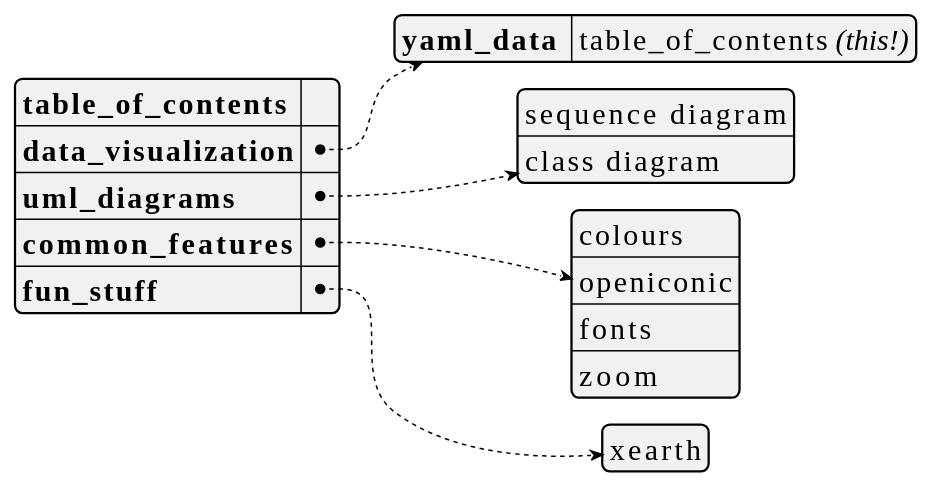
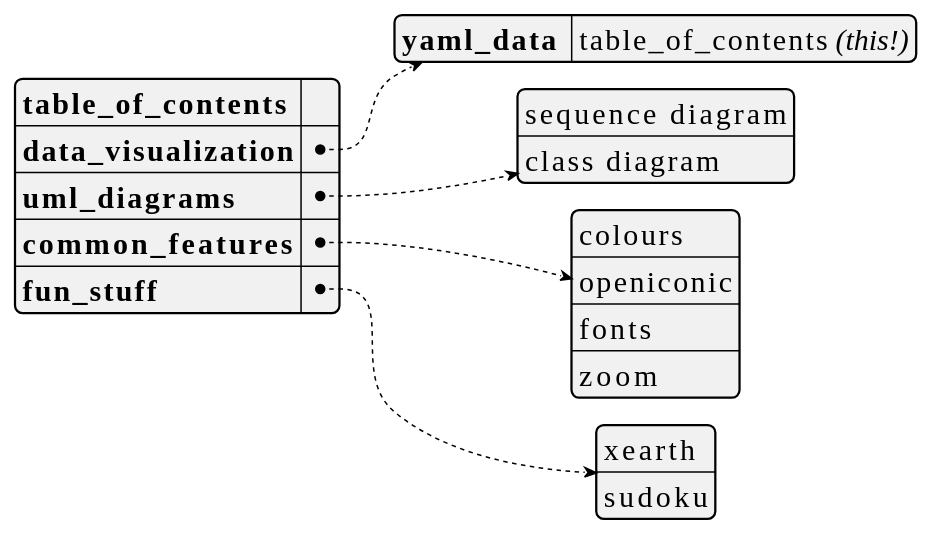
The first of 16 diagrams in plantuml_demo.md (dragondive/heavens-arena), drawn with PlantUML before and after one commit. The commit also changed other lines of this file, not shown here.

Commit message:
added demo: sudoku

````diff
--- a/plantuml_demo.md
+++ b/plantuml_demo.md
@@ -26,36 +26,37 @@
 ```plantuml
 @startyaml
 <style>
 yamlDiagram {
     node {
         ' use a constant width font because that's what developers do.
         FontName Consolas
         FontSize 20
     }
 }
 </style>
 
 /'TODO:
 It would be cool to hyperlink the entries in the table_of_contents to the
 respective section in the document. Not only would it further accentuate the
 [Medium Awareness](https://tvtropes.org/pmwiki/pmwiki.php/Main/MediumAwareness)
 of this yaml document, but also augment the
 [Anachronic Order](https://tvtropes.org/pmwiki/pmwiki.php/Main/AnachronicOrder)
 of the outer markdown document.
 '/
 
 **table_of_contents**: ""  /' workaround: empty string here to avoid dummy link '/
 data_visualization:
     yaml_data : table_of_contents //(this!)//
 uml_diagrams:
     - sequence diagram
     - class diagram
 common_features:
     - colours
     - openiconic
     - fonts
     - zoom
 fun_stuff:
     - xearth
+    - sudoku
 @endyaml
 ```
````
